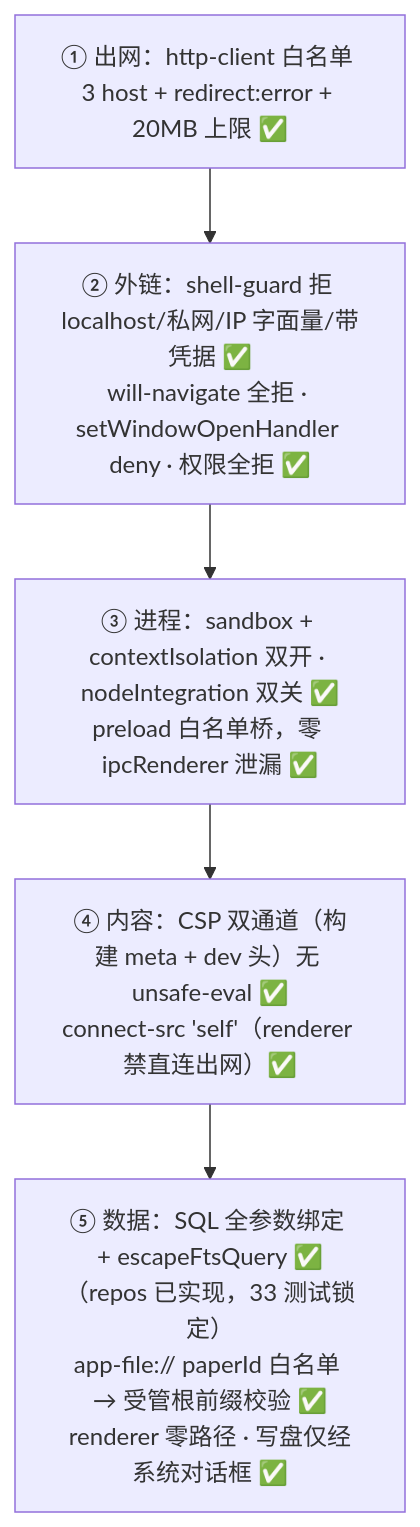
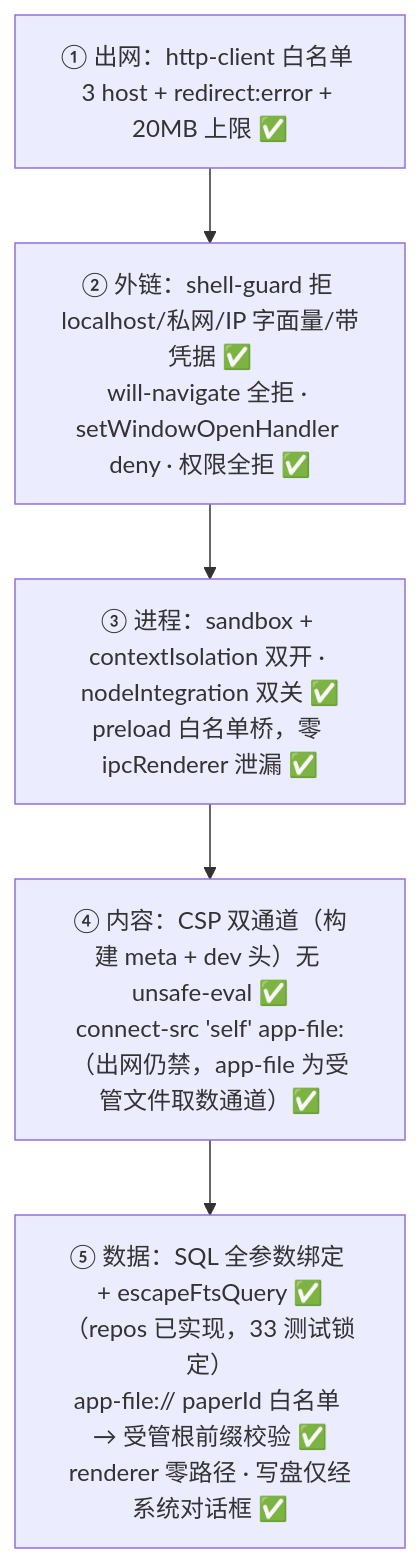
One commit to yyx20040712/Synapse changed the sixth of 8 diagrams in docs/architecture.md. Above: the diagram before and after it, drawn with Mermaid. The commit also changed other lines of this file and 4 other files, not shown here.

````diff
--- a/docs/architecture.md
+++ b/docs/architecture.md
@@ -191,9 +194,9 @@
 ```mermaid
 flowchart TB
   L1["① 出网：http-client 白名单 3 host + redirect:error + 20MB 上限 ✅"]
   L2["② 外链：shell-guard 拒 localhost/私网/IP 字面量/带凭据 ✅<br/>will-navigate 全拒 · setWindowOpenHandler deny · 权限全拒 ✅"]
   L3["③ 进程：sandbox + contextIsolation 双开 · nodeIntegration 双关 ✅<br/>preload 白名单桥，零 ipcRenderer 泄漏 ✅"]
-  L4["④ 内容：CSP 双通道（构建 meta + dev 头）无 unsafe-eval ✅<br/>connect-src 'self'（renderer 禁直连出网）✅"]
+  L4["④ 内容：CSP 双通道（构建 meta + dev 头）无 unsafe-eval ✅<br/>connect-src 'self' app-file:（出网仍禁，app-file 为受管文件取数通道）✅"]
   L5["⑤ 数据：SQL 全参数绑定 + escapeFtsQuery ✅（repos 已实现，33 测试锁定）<br/>app-file:// paperId 白名单 → 受管根前缀校验 ✅<br/>renderer 零路径 · 写盘仅经系统对话框 ✅"]
   L1 --> L2 --> L3 --> L4 --> L5
 ```
````
